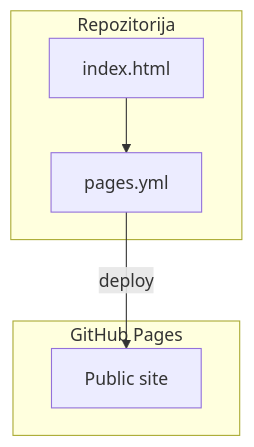
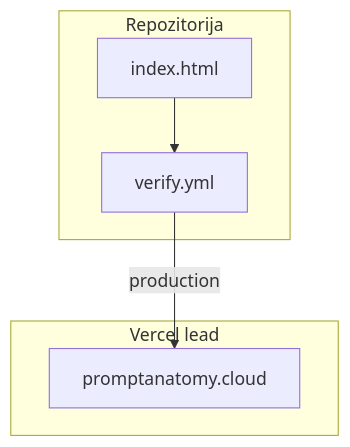
Before and after one commit to DITreneris/lead: the second of 4 diagrams in .cursor/skills/data-agent/reference.md, drawn with Mermaid. The commit also changed other lines of this file and 18 other files, not shown here.

````diff
--- a/.cursor/skills/data-agent/reference.md
+++ b/.cursor/skills/data-agent/reference.md
@@ -25,12 +25,12 @@
 ```mermaid
 flowchart TD
   subgraph repo [Repozitorija]
     html[index.html]
-    workflow[pages.yml]
+    verify[verify.yml]
   end
-  subgraph pages [GitHub Pages]
-    site[Public site]
+  subgraph vercel [Vercel lead]
+    site[promptanatomy.cloud]
   end
-  html --> workflow
-  workflow -->|"deploy"| site
+  html --> verify
+  verify -->|"production"| site
 ```
````
